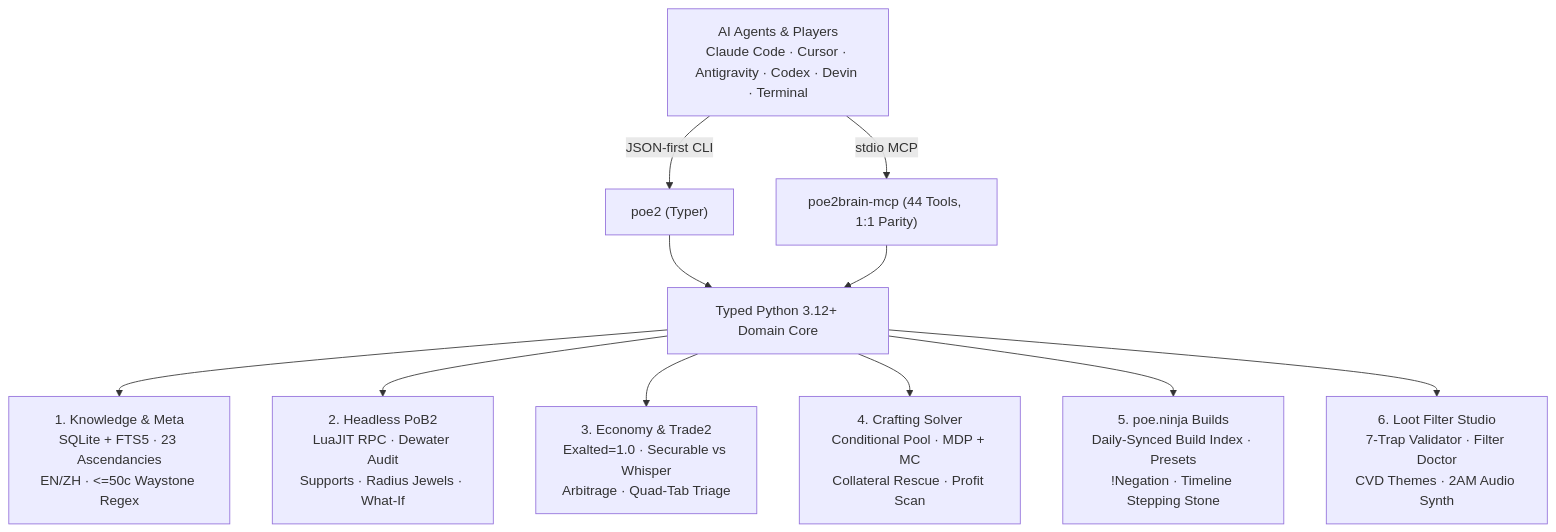
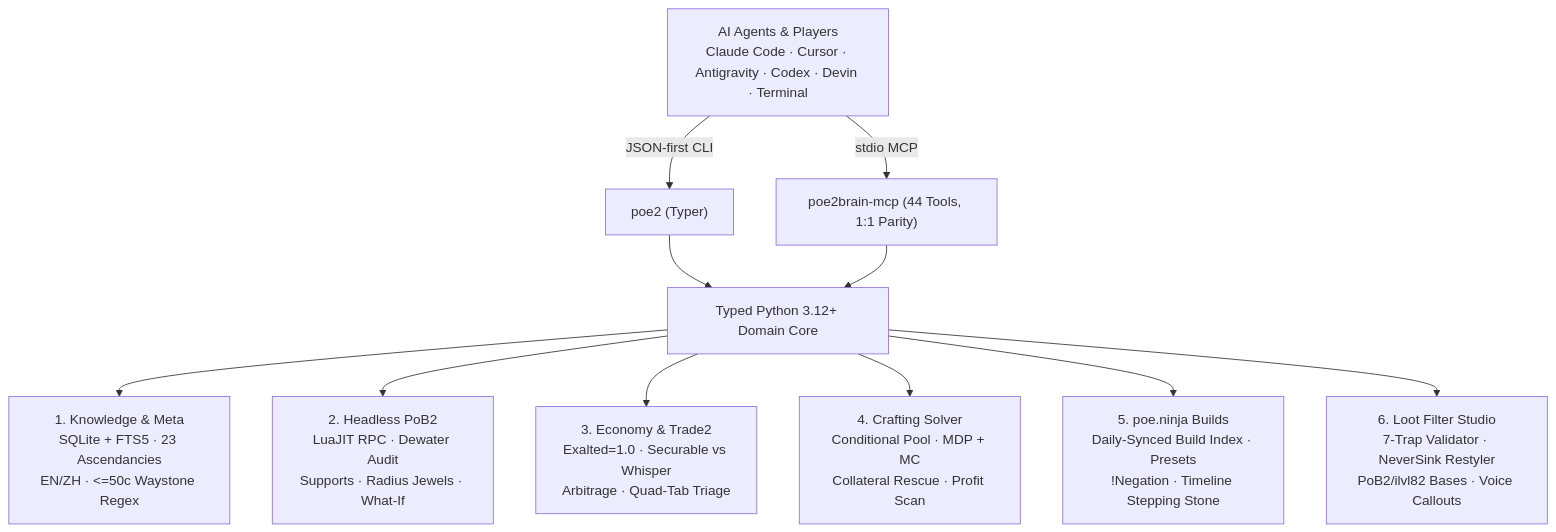
One commit to lifan-builds/poe2brain changed the diagram in README.md. Above: the diagram before and after it, drawn with Mermaid. The commit also changed other lines of this file and 8 other files, not shown here.

Commit message:
feat(filters): add Exceptional/ilvl81+ bases, strictness pruning, ZH voice callouts, and reframe filter positioning

````diff
--- a/README.md
+++ b/README.md
@@ -119,15 +119,15 @@
 ```mermaid
 flowchart TB
     A["AI Agents & Players<br/>Claude Code · Cursor · Antigravity · Codex · Devin · Terminal"]
     A -->|JSON-first CLI| CLI["poe2 (Typer)"]
     A -->|stdio MCP| MCP["poe2brain-mcp (44 Tools, 1:1 Parity)"]
     CLI --> CORE["Typed Python 3.12+ Domain Core"]
     MCP --> CORE
 
     CORE --> P1["1. Knowledge & Meta<br/>SQLite + FTS5 · 23 Ascendancies<br/>EN/ZH · <=50c Waystone Regex"]
     CORE --> P2["2. Headless PoB2<br/>LuaJIT RPC · Dewater Audit<br/>Supports · Radius Jewels · What-If"]
     CORE --> P3["3. Economy & Trade2<br/>Exalted=1.0 · Securable vs Whisper<br/>Arbitrage · Quad-Tab Triage"]
     CORE --> P4["4. Crafting Solver<br/>Conditional Pool · MDP + MC<br/>Collateral Rescue · Profit Scan"]
     CORE --> P5["5. poe.ninja Builds<br/>Daily-Synced Build Index · Presets<br/>!Negation · Timeline Stepping Stone"]
-    CORE --> P6["6. Loot Filter Studio<br/>7-Trap Validator · Filter Doctor<br/>CVD Themes · 2AM Audio Synth"]
+    CORE --> P6["6. Loot Filter Studio<br/>7-Trap Validator · NeverSink Restyler<br/>PoB2/ilvl82 Bases · Voice Callouts"]
 ```
````
